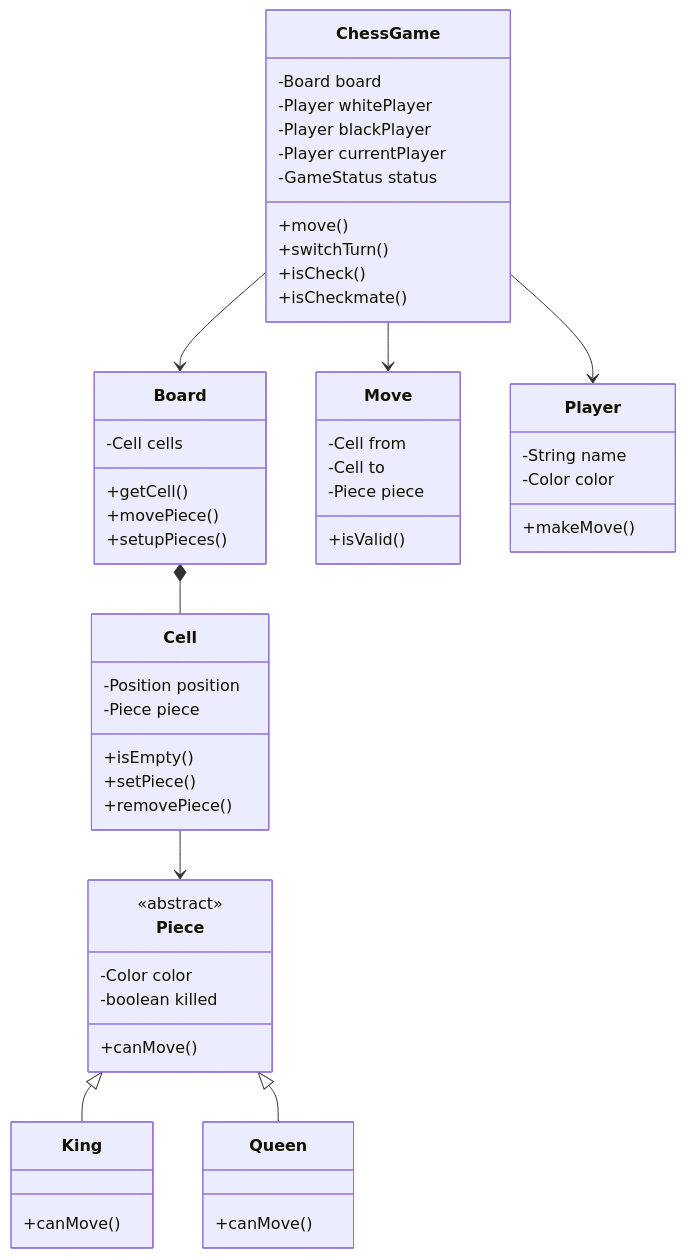
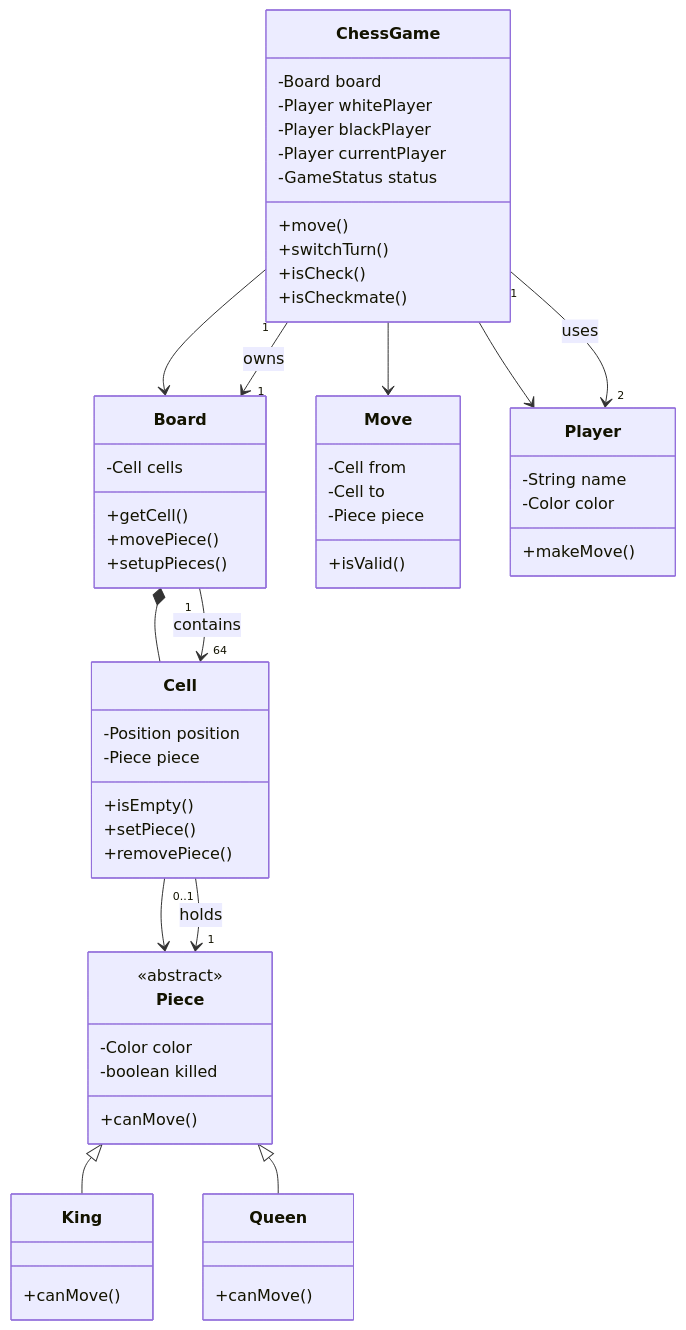
The second of 19 diagrams in LLD_NOTES/lld_visual_java_reference_mermaid_full_implementation.md (mthaiseer/springcloud-systemdesign-notes), drawn with Mermaid before and after one commit. The commit also changed other lines of this file, not shown here.

````diff
--- a/LLD_NOTES/lld_visual_java_reference_mermaid_full_implementation.md
+++ b/LLD_NOTES/lld_visual_java_reference_mermaid_full_implementation.md
@@ -332,57 +392,62 @@
 ```mermaid
 classDiagram
   class ChessGame {
     -Board board
     -Player whitePlayer
     -Player blackPlayer
     -Player currentPlayer
     -GameStatus status
     +move()
     +switchTurn()
     +isCheck()
     +isCheckmate()
   }
   class Board {
     -Cell cells
     +getCell()
     +movePiece()
     +setupPieces()
   }
   class Cell {
     -Position position
     -Piece piece
     +isEmpty()
     +setPiece()
     +removePiece()
   }
   class Piece {
     <<abstract>>
     -Color color
     -boolean killed
     +canMove()
   }
   class King {
     +canMove()
   }
   class Queen {
     +canMove()
   }
   class Move {
     -Cell from
     -Cell to
     -Piece piece
     +isValid()
   }
   class Player {
     -String name
     -Color color
     +makeMove()
   }
   ChessGame --> Board
   ChessGame --> Player
   ChessGame --> Move
   Board *-- Cell
   Cell --> Piece
   Piece <|-- King
   Piece <|-- Queen
+  %% Cardinality relationships
+  ChessGame "1" --> "1" Board : owns
+  Board "1" --> "64" Cell : contains
+  Cell "0..1" --> "1" Piece : holds
+  ChessGame "1" --> "2" Player : uses
 ```
````
